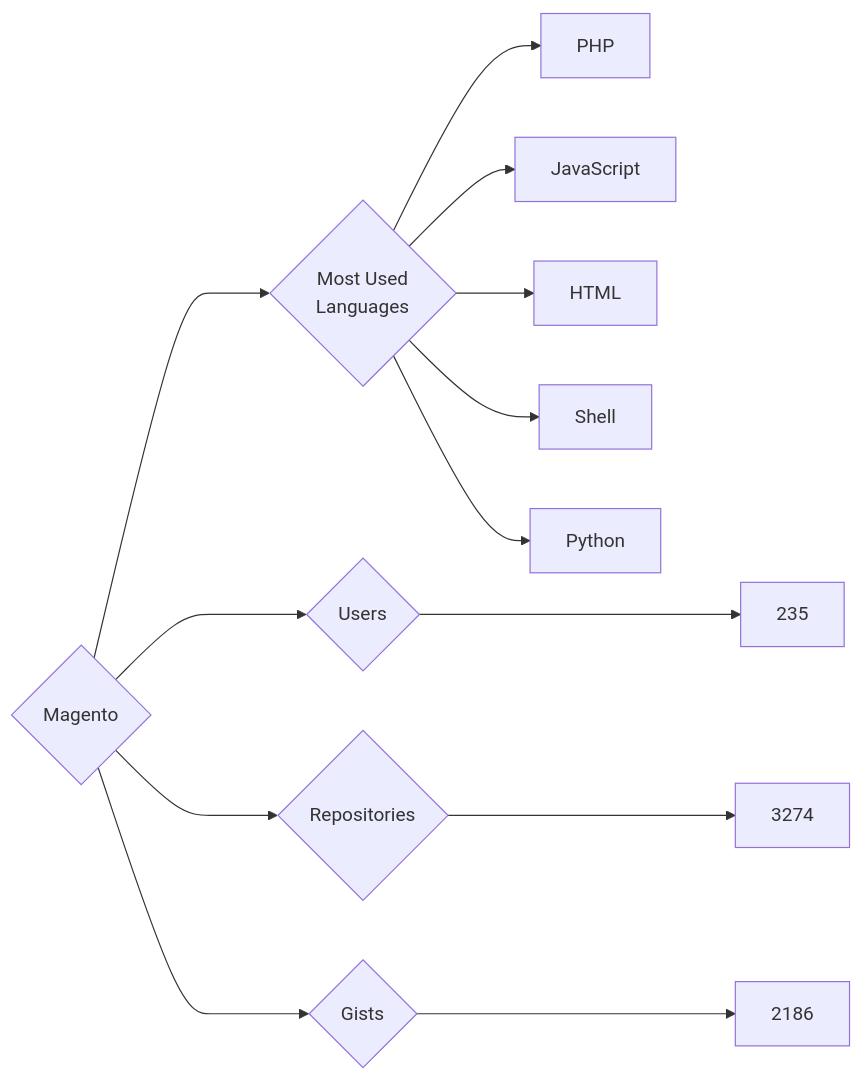
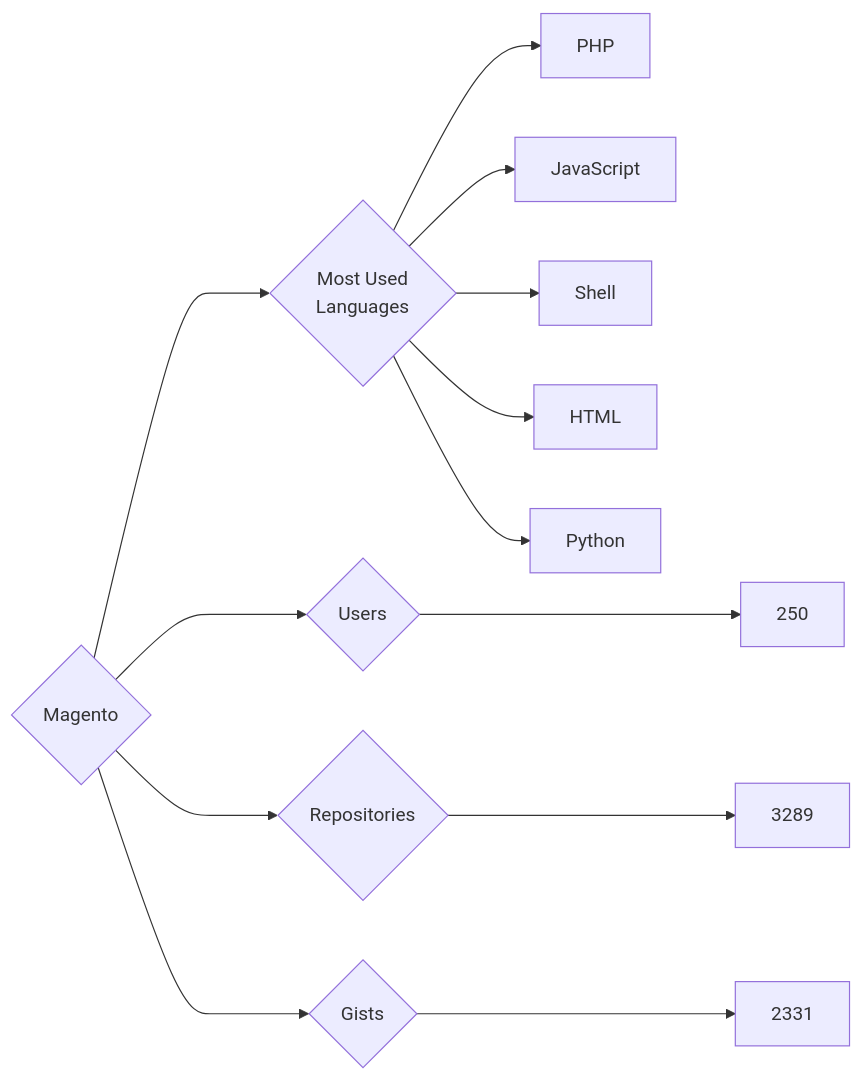
The diagram in targets/Magento/README.md (trickest/insiders), drawn with Mermaid before and after one commit. The commit also changed 835 other files, not shown here.

````diff
--- a/targets/Magento/README.md
+++ b/targets/Magento/README.md
@@ -3,13 +3,13 @@
 ```mermaid
 graph LR
 COMPANY_NAME{Magento}
-COMPANY_NAME ---> U{Users} ---> UN[235]
-COMPANY_NAME ---> R{Repositories} ---> RN[3274]
-COMPANY_NAME ---> G{Gists} ---> GN[2186]
+COMPANY_NAME ---> U{Users} ---> UN[250]
+COMPANY_NAME ---> R{Repositories} ---> RN[3289]
+COMPANY_NAME ---> G{Gists} ---> GN[2331]
 COMPANY_NAME ---> ML{Most Used<br>Languages}
 ML --> PHP[PHP]
 ML --> JavaScript[JavaScript]
+ML --> Shell[Shell]
 ML --> HTML[HTML]
-ML --> Shell[Shell]
 ML --> Python[Python]
 ```
````
